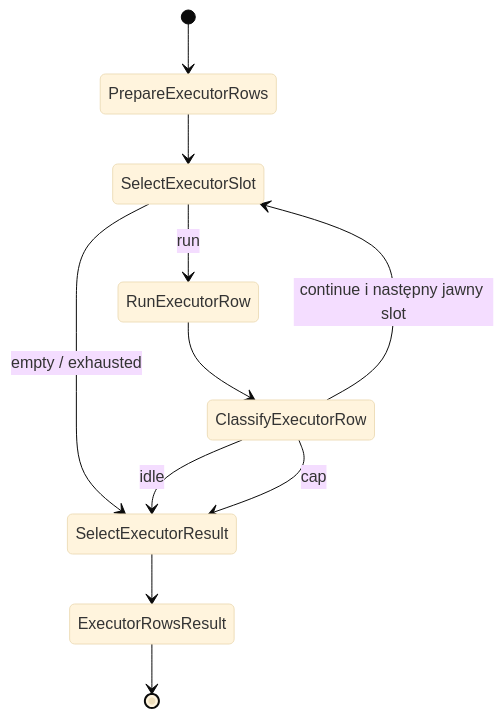
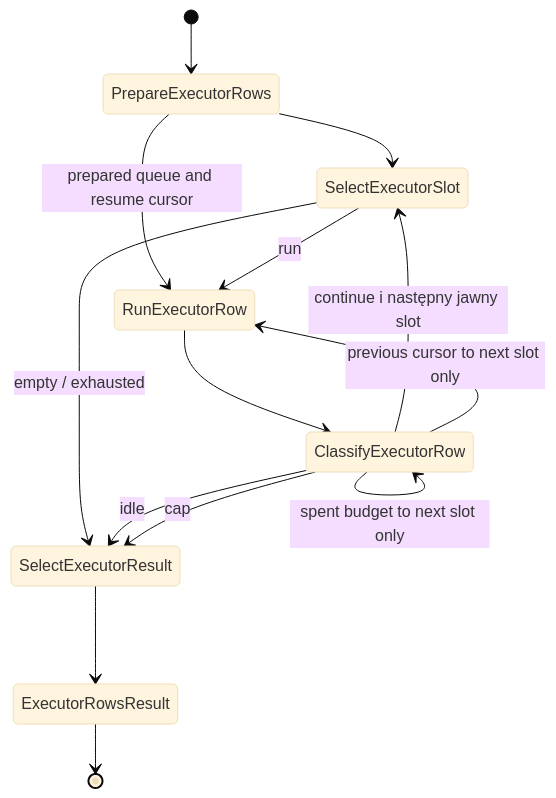
One commit to mikolaj92/lokay changed diagram 33 of 45 in README.md. Above: the diagram before and after it, drawn with Mermaid (base theme). The commit also changed other lines of this file and 22 other files, not shown here.

````diff
--- a/README.md
+++ b/README.md
@@ -1010,13 +1017,16 @@
 ```mermaid
 stateDiagram-v2
     [*] --> PrepareExecutorRows
     PrepareExecutorRows --> SelectExecutorSlot
+    PrepareExecutorRows --> RunExecutorRow: prepared queue and resume cursor
     SelectExecutorSlot --> RunExecutorRow: run
     SelectExecutorSlot --> SelectExecutorResult: empty / exhausted
     RunExecutorRow --> ClassifyExecutorRow
     ClassifyExecutorRow --> SelectExecutorSlot: continue i następny jawny slot
+    ClassifyExecutorRow --> RunExecutorRow: previous cursor to next slot only
+    ClassifyExecutorRow --> ClassifyExecutorRow: spent budget to next slot only
     ClassifyExecutorRow --> SelectExecutorResult: idle
     ClassifyExecutorRow --> SelectExecutorResult: cap
     SelectExecutorResult --> ExecutorRowsResult
     ExecutorRowsResult --> [*]
 ```
````
